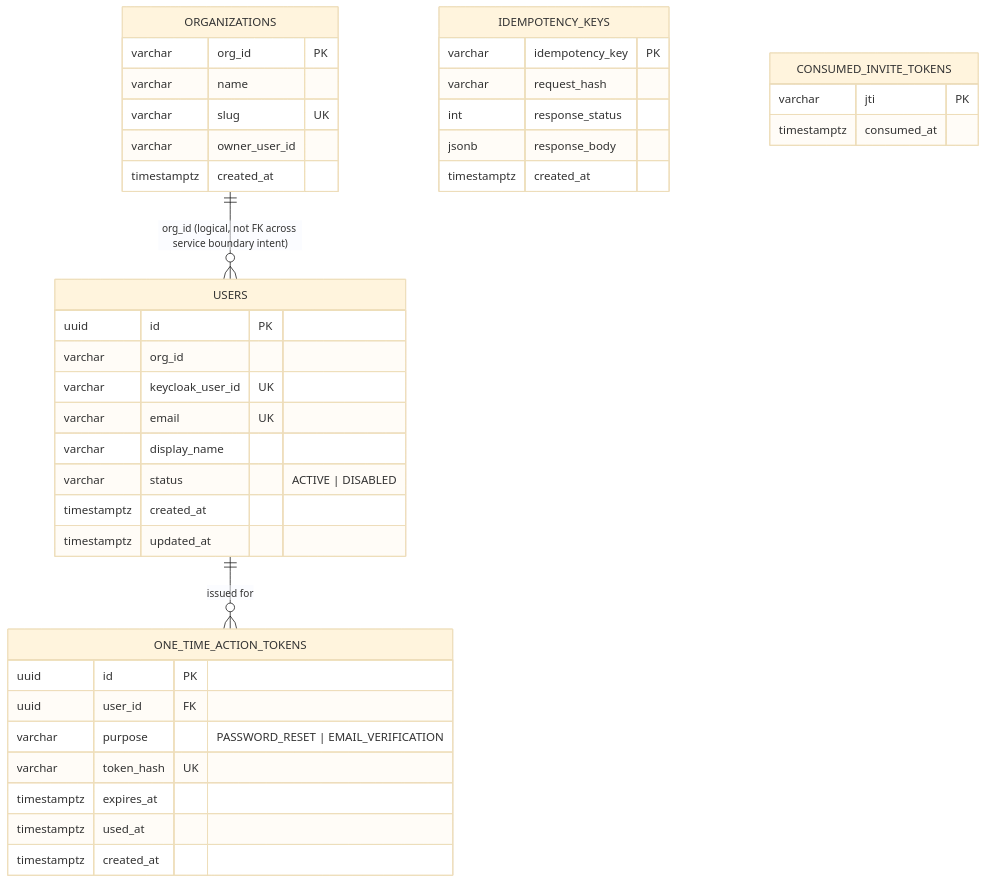
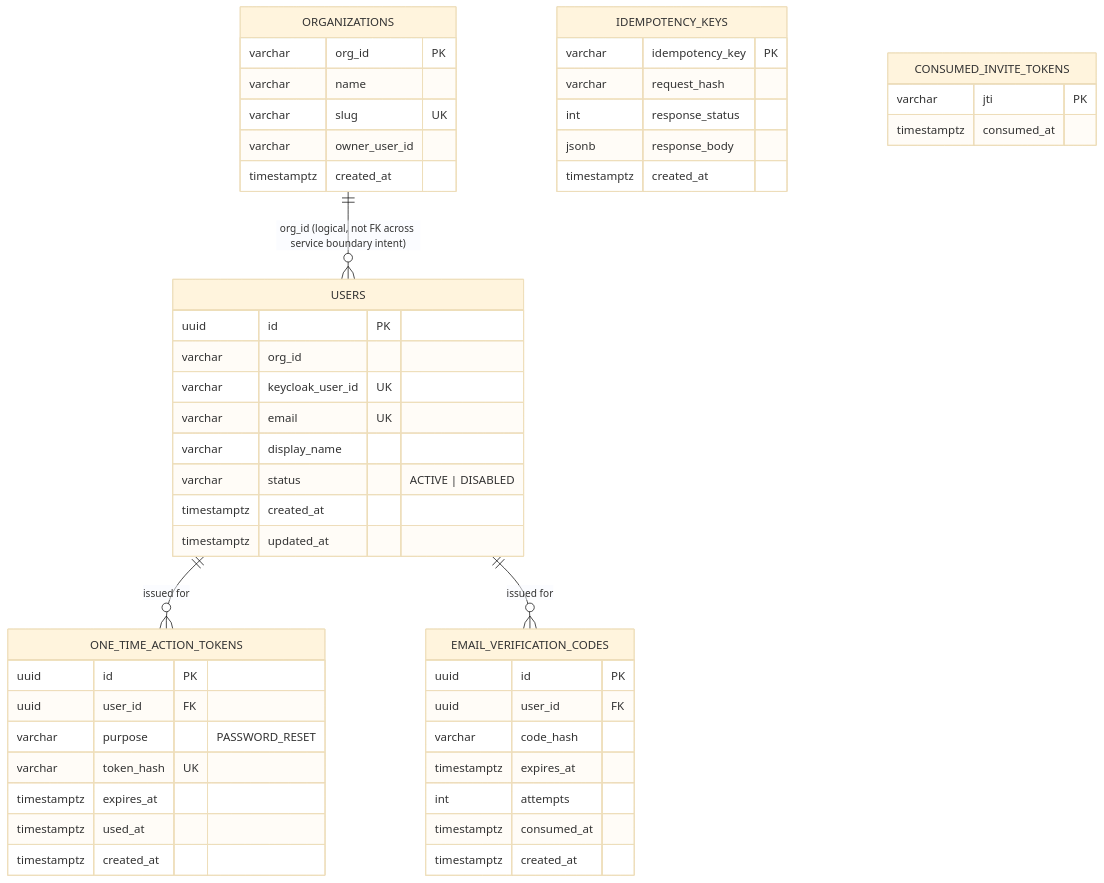
Before and after one commit to Wamitinewton/Pallet.io: the third of 8 diagrams in docs/identity-service/ARCHITECTURE.md, drawn with Mermaid (base theme). The commit also changed other lines of this file and 58 other files, not shown here.

First line of the commit message:
feat: add auth, email verification, password reset, invite acceptance and account self-service to identity-service

````diff
--- a/docs/identity-service/ARCHITECTURE.md
+++ b/docs/identity-service/ARCHITECTURE.md
@@ -270,42 +291,52 @@
 ```mermaid
 erDiagram
     ORGANIZATIONS {
         varchar org_id PK
         varchar name
         varchar slug UK
         varchar owner_user_id
         timestamptz created_at
     }
     USERS {
         uuid id PK
         varchar org_id
         varchar keycloak_user_id UK
         varchar email UK
         varchar display_name
         varchar status "ACTIVE | DISABLED"
         timestamptz created_at
         timestamptz updated_at
     }
     IDEMPOTENCY_KEYS {
         varchar idempotency_key PK
         varchar request_hash
         int response_status
         jsonb response_body
         timestamptz created_at
     }
     ONE_TIME_ACTION_TOKENS {
         uuid id PK
         uuid user_id FK
-        varchar purpose "PASSWORD_RESET | EMAIL_VERIFICATION"
+        varchar purpose "PASSWORD_RESET"
         varchar token_hash UK
         timestamptz expires_at
         timestamptz used_at
         timestamptz created_at
     }
     CONSUMED_INVITE_TOKENS {
         varchar jti PK
         timestamptz consumed_at
     }
+    EMAIL_VERIFICATION_CODES {
+        uuid id PK
+        uuid user_id FK
+        varchar code_hash
+        timestamptz expires_at
+        int attempts
+        timestamptz consumed_at
+        timestamptz created_at
+    }
     ORGANIZATIONS ||--o{ USERS : "org_id (logical, not FK across service boundary intent)"
     USERS ||--o{ ONE_TIME_ACTION_TOKENS : "issued for"
+    USERS ||--o{ EMAIL_VERIFICATION_CODES : "issued for"
 ```
````
